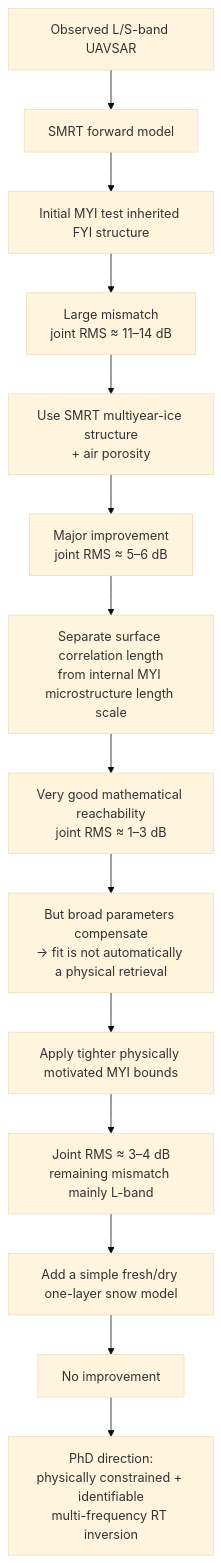
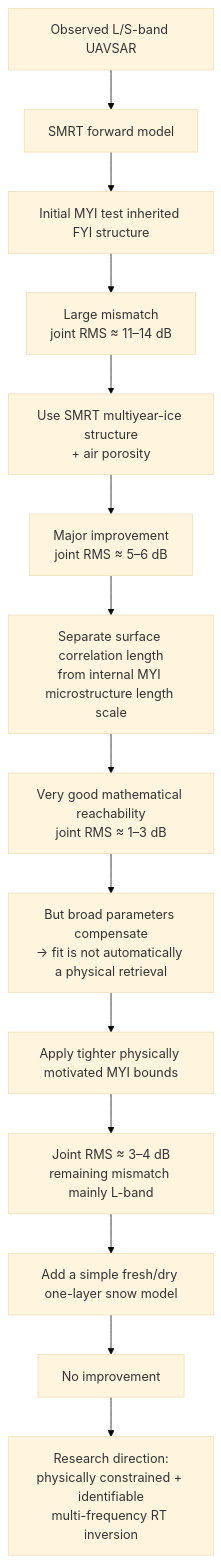
The diagram in README.md (Maisha0497/sea-ice-rt-identifiability), drawn with Mermaid (base theme) before and after one commit.

Commit message:
Revise README research framing

````diff
--- a/README.md
+++ b/README.md
@@ -11,23 +11,23 @@
 ```mermaid
 flowchart TD
     A["Observed L/S-band UAVSAR"] --> B["SMRT forward model"]
 
     B --> C["Initial MYI test inherited FYI structure"]
     C --> D["Large mismatch<br/>joint RMS ≈ 11–14 dB"]
 
     D --> E["Use SMRT multiyear-ice structure<br/>+ air porosity"]
     E --> F["Major improvement<br/>joint RMS ≈ 5–6 dB"]
 
     F --> G["Separate surface correlation length<br/>from internal MYI microstructure length scale"]
     G --> H["Very good mathematical reachability<br/>joint RMS ≈ 1–3 dB"]
 
     H --> I["But broad parameters compensate<br/>→ fit is not automatically a physical retrieval"]
 
     I --> J["Apply tighter physically motivated MYI bounds"]
     J --> K["Joint RMS ≈ 3–4 dB<br/>remaining mismatch mainly L-band"]
 
     K --> L["Add a simple fresh/dry one-layer snow model"]
     L --> M["No improvement"]
 
-    M --> N["PhD direction:<br/>physically constrained + identifiable<br/>multi-frequency RT inversion"]
+    M --> N["Research direction:<br/>physically constrained + identifiable<br/>multi-frequency RT inversion"]
 ```
````
